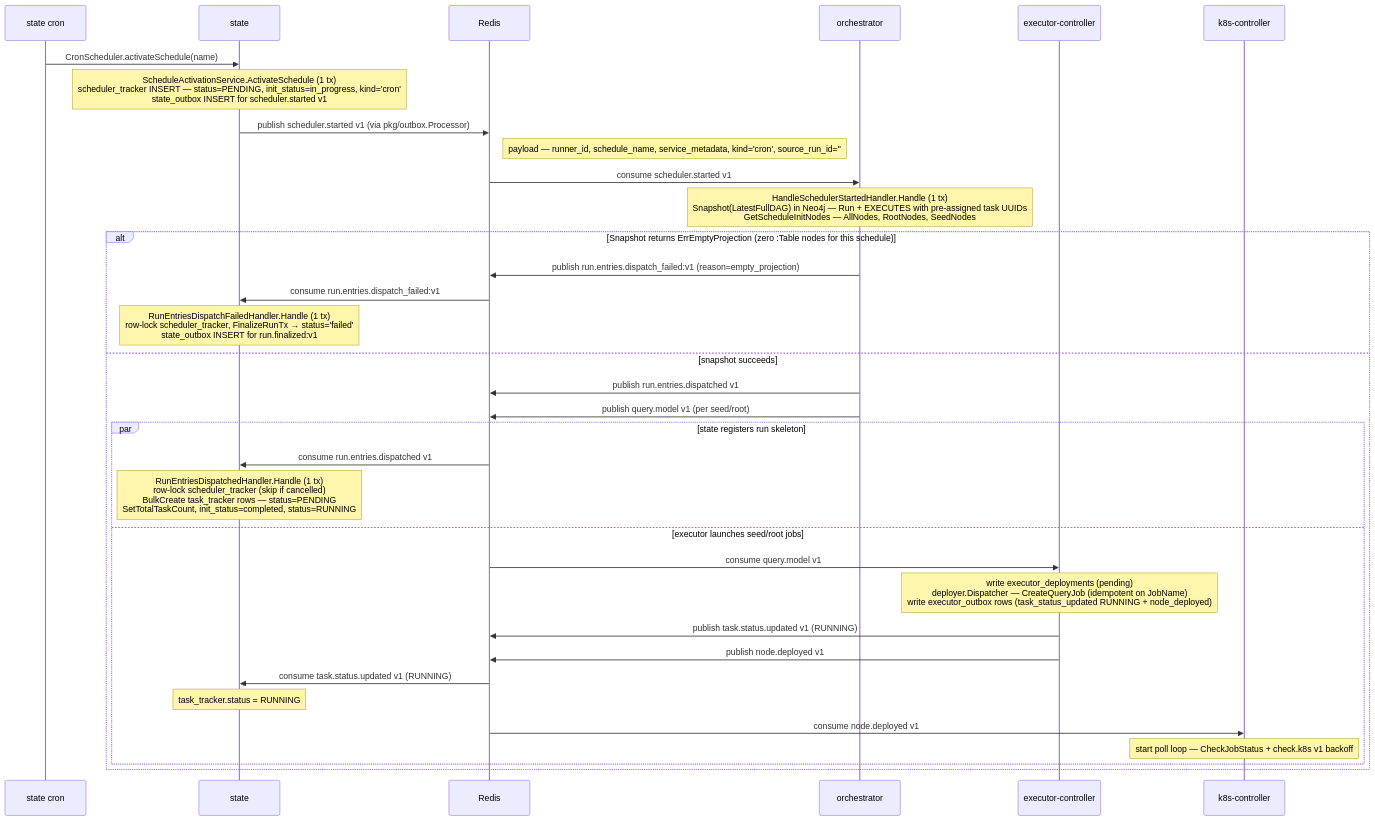
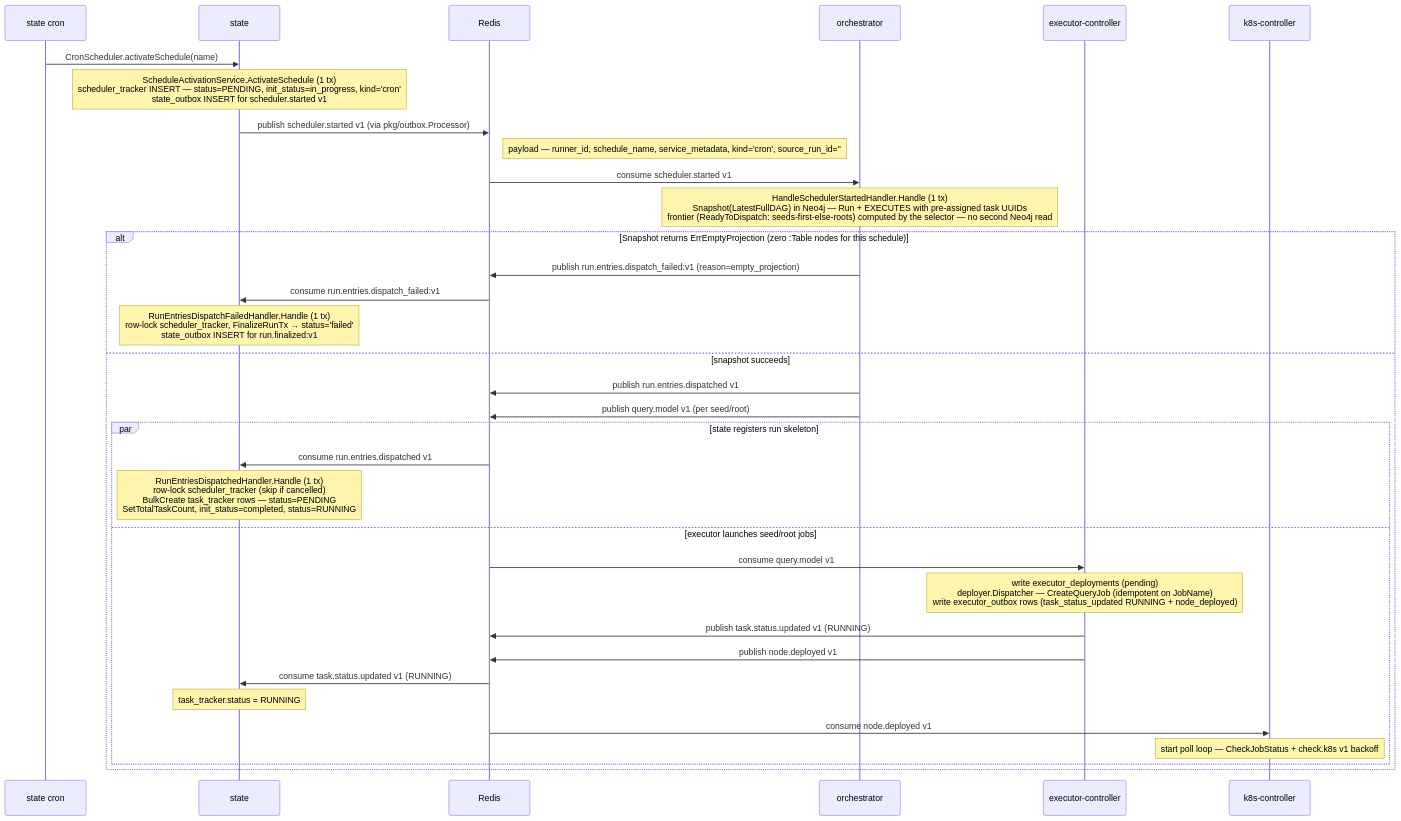
The first of 11 diagrams in docs/arch/03-sequence-flows.md (carolsimone/continuo), drawn with Mermaid before and after one commit. The commit also changed 20 other files, not shown here.

First line of the commit message:
perf(orchestrator): Neo4j startup schema DDL + eliminate N+1 on hot write paths (#125, #126) (#147)

````diff
--- a/docs/arch/03-sequence-flows.md
+++ b/docs/arch/03-sequence-flows.md
@@ -5,39 +5,39 @@
 ```mermaid
 sequenceDiagram
   participant Cron as state cron
   participant ST as state
   participant R as Redis
   participant OR as orchestrator
   participant EC as executor-controller
   participant KC as k8s-controller
 
   Cron->>ST: CronScheduler.activateSchedule(name)
   Note over ST: ScheduleActivationService.ActivateSchedule (1 tx)<br/>scheduler_tracker INSERT — status=PENDING, init_status=in_progress, kind='cron'<br/>state_outbox INSERT for scheduler.started v1
   ST->>R: publish scheduler.started v1 (via pkg/outbox.Processor)
   Note right of R: payload — runner_id, schedule_name, service_metadata, kind='cron', source_run_id=''
 
   R->>OR: consume scheduler.started v1
-  Note over OR: HandleSchedulerStartedHandler.Handle (1 tx)<br/>Snapshot(LatestFullDAG) in Neo4j — Run + EXECUTES with pre-assigned task UUIDs<br/>GetScheduleInitNodes — AllNodes, RootNodes, SeedNodes
+  Note over OR: HandleSchedulerStartedHandler.Handle (1 tx)<br/>Snapshot(LatestFullDAG) in Neo4j — Run + EXECUTES with pre-assigned task UUIDs<br/>frontier (ReadyToDispatch: seeds-first-else-roots) computed by the selector — no second Neo4j read
   alt Snapshot returns ErrEmptyProjection (zero :Table nodes for this schedule)
     OR->>R: publish run.entries.dispatch_failed:v1 (reason=empty_projection)
     R->>ST: consume run.entries.dispatch_failed:v1
     Note over ST: RunEntriesDispatchFailedHandler.Handle (1 tx)<br/>row-lock scheduler_tracker, FinalizeRunTx → status='failed'<br/>state_outbox INSERT for run.finalized:v1
   else snapshot succeeds
     OR->>R: publish run.entries.dispatched v1
     OR->>R: publish query.model v1 (per seed/root)
 
     par state registers run skeleton
       R->>ST: consume run.entries.dispatched v1
       Note over ST: RunEntriesDispatchedHandler.Handle (1 tx)<br/>row-lock scheduler_tracker (skip if cancelled)<br/>BulkCreate task_tracker rows — status=PENDING<br/>SetTotalTaskCount, init_status=completed, status=RUNNING
     and executor launches seed/root jobs
       R->>EC: consume query.model v1
       Note over EC: write executor_deployments (pending)<br/>deployer.Dispatcher — CreateQueryJob (idempotent on JobName)<br/>write executor_outbox rows (task_status_updated RUNNING + node_deployed)
       EC->>R: publish task.status.updated v1 (RUNNING)
       EC->>R: publish node.deployed v1
       R->>ST: consume task.status.updated v1 (RUNNING)
       Note over ST: task_tracker.status = RUNNING
       R->>KC: consume node.deployed v1
       Note over KC: start poll loop — CheckJobStatus + check.k8s v1 backoff
     end
   end
 ```
````
